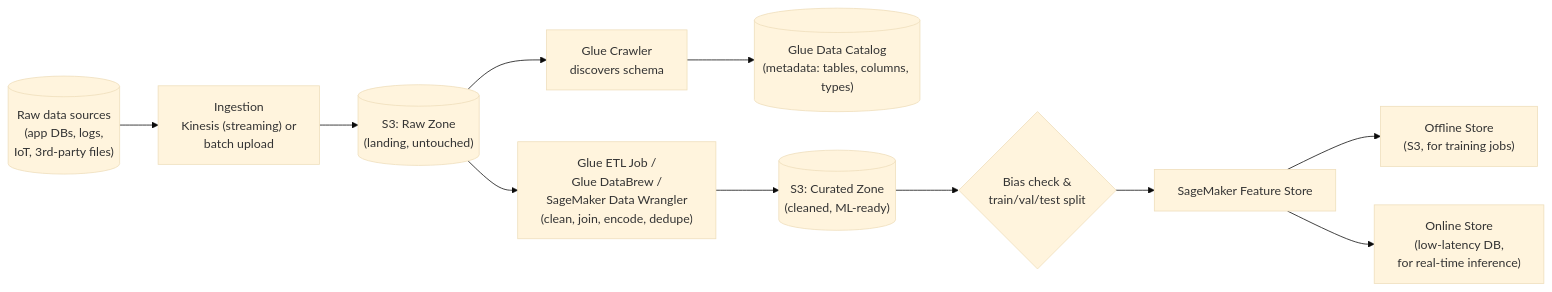
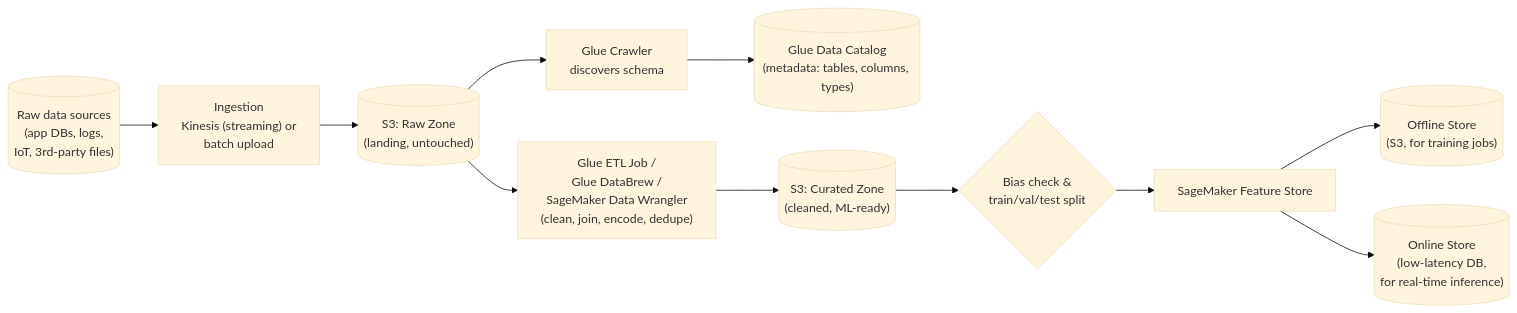
Before and after one commit to pabilandokarenpv/AWS: the first of 3 diagrams in certifications/mla-c02/domain-1-data-preparation/README.md, drawn with Mermaid (base theme). The commit also changed other lines of this file and 50 other files, not shown here.

Commit message:
Deep-expand fundamentals + all 12 cert domain folders (SAA-C03/DVA-C03/MLA-C02): 2-3x longer, worked case studies, more diagrams, real images, 12-15 exam scenarios per domain, more labs

````diff
--- a/certifications/mla-c02/domain-1-data-preparation/README.md
+++ b/certifications/mla-c02/domain-1-data-preparation/README.md
@@ -60,13 +73,13 @@
 ```mermaid
 flowchart LR
     A[("Raw data sources<br/>(app DBs, logs,<br/>IoT, 3rd-party files)")] --> B["Ingestion<br/>Kinesis (streaming) or<br/>batch upload"]
     B --> C[("S3: Raw Zone<br/>(landing, untouched)")]
     C --> D["Glue Crawler<br/>discovers schema"]
     D --> E[("Glue Data Catalog<br/>(metadata: tables, columns, types)")]
     C --> F["Glue ETL Job /<br/>Glue DataBrew /<br/>SageMaker Data Wrangler<br/>(clean, join, encode, dedupe)"]
     F --> G[("S3: Curated Zone<br/>(cleaned, ML-ready)")]
     G --> H{"Bias check &<br/>train/val/test split"}
     H --> I["SageMaker Feature Store"]
-    I --> J["Offline Store<br/>(S3, for training jobs)"]
-    I --> K["Online Store<br/>(low-latency DB,<br/>for real-time inference)"]
+    I --> J[("Offline Store<br/>(S3, for training jobs)")]
+    I --> K[("Online Store<br/>(low-latency DB,<br/>for real-time inference)")]
 ```
````
